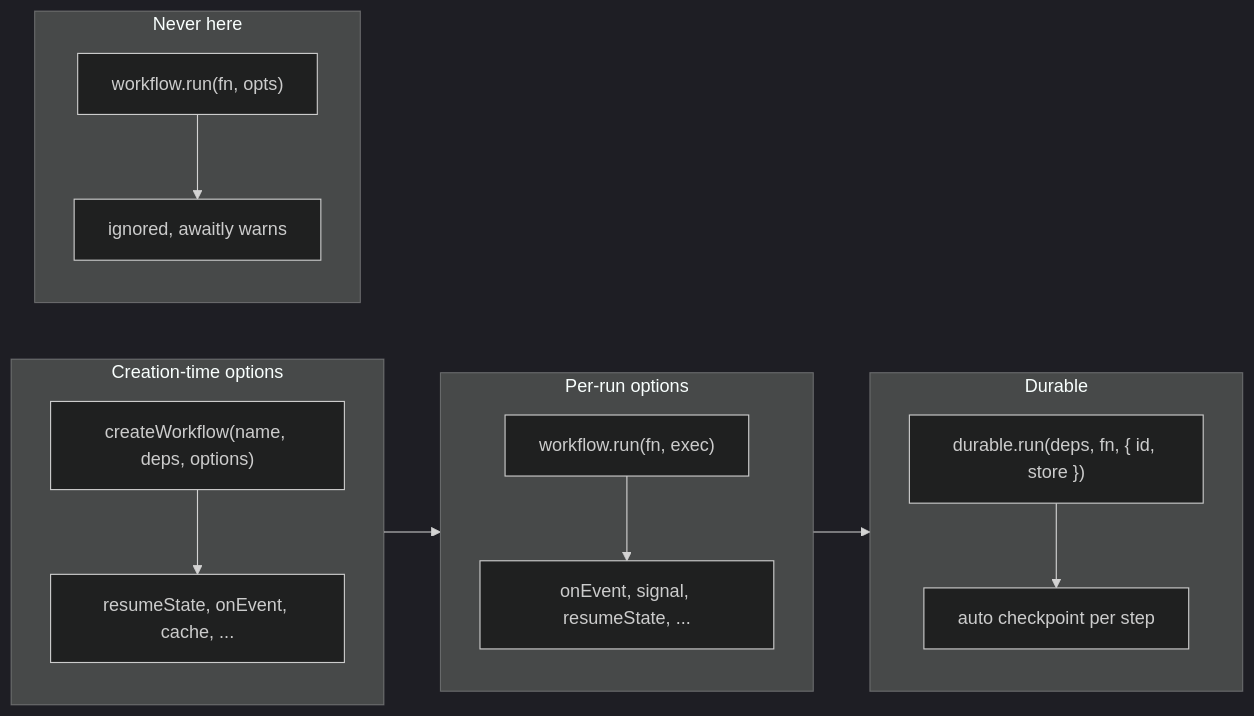
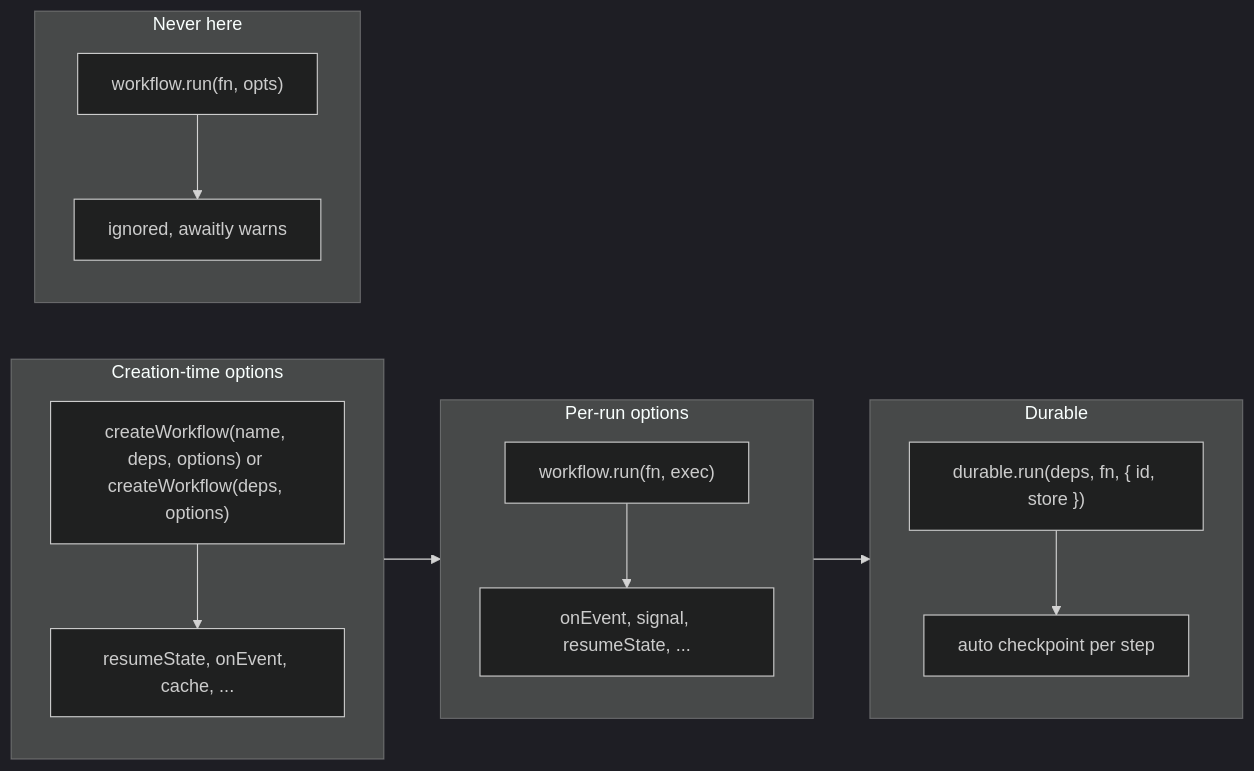
The diagram in apps/docs-site/src/content/docs/foundations/index.mdx (jagreehal/awaitly), drawn with Mermaid (dark theme) before and after one commit. The commit also changed other lines of this file and 229 other files, not shown here.

````diff
--- a/apps/docs-site/src/content/docs/foundations/index.mdx
+++ b/apps/docs-site/src/content/docs/foundations/index.mdx
@@ -66,27 +71,27 @@
 ```mermaid
 flowchart LR
   subgraph creation [Creation-time options]
-    createWorkflow["createWorkflow(name, deps, options)"]
+    createWorkflow["createWorkflow(name, deps, options) or createWorkflow(deps, options)"]
     options[resumeState, onEvent, cache, ...]
     createWorkflow --> options
   end
 
   subgraph run [Per-run options]
     workflowRun["workflow.run(fn, exec)"]
     exec[onEvent, signal, resumeState, ...]
     workflowRun --> exec
   end
 
   subgraph never [Never here]
     bad["workflow.run(fn, opts)"]
     bad --> ignored[ignored, awaitly warns]
   end
 
   subgraph durable [Durable]
     durableRun["durable.run(deps, fn, { id, store })"]
     durableRun --> auto[auto checkpoint per step]
   end
 
   creation --> run
   run --> durable
 ```
````
